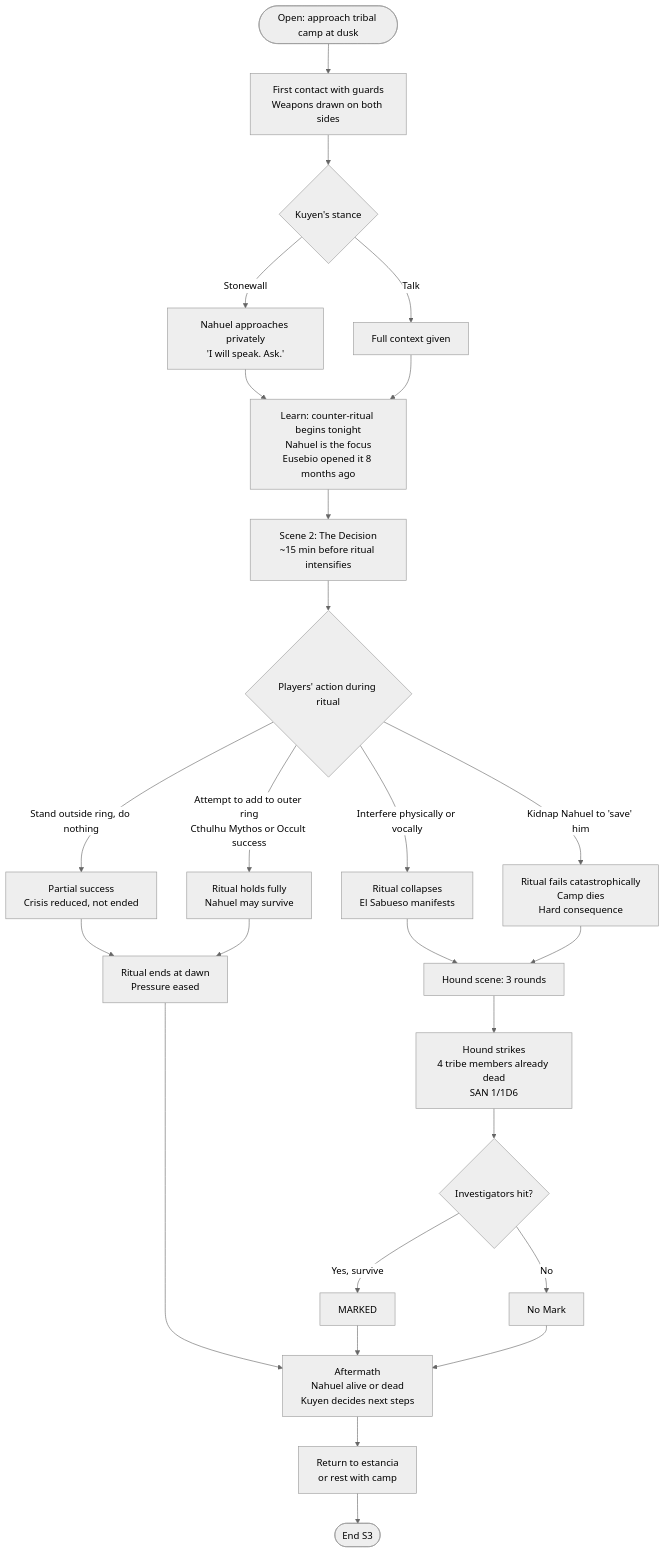
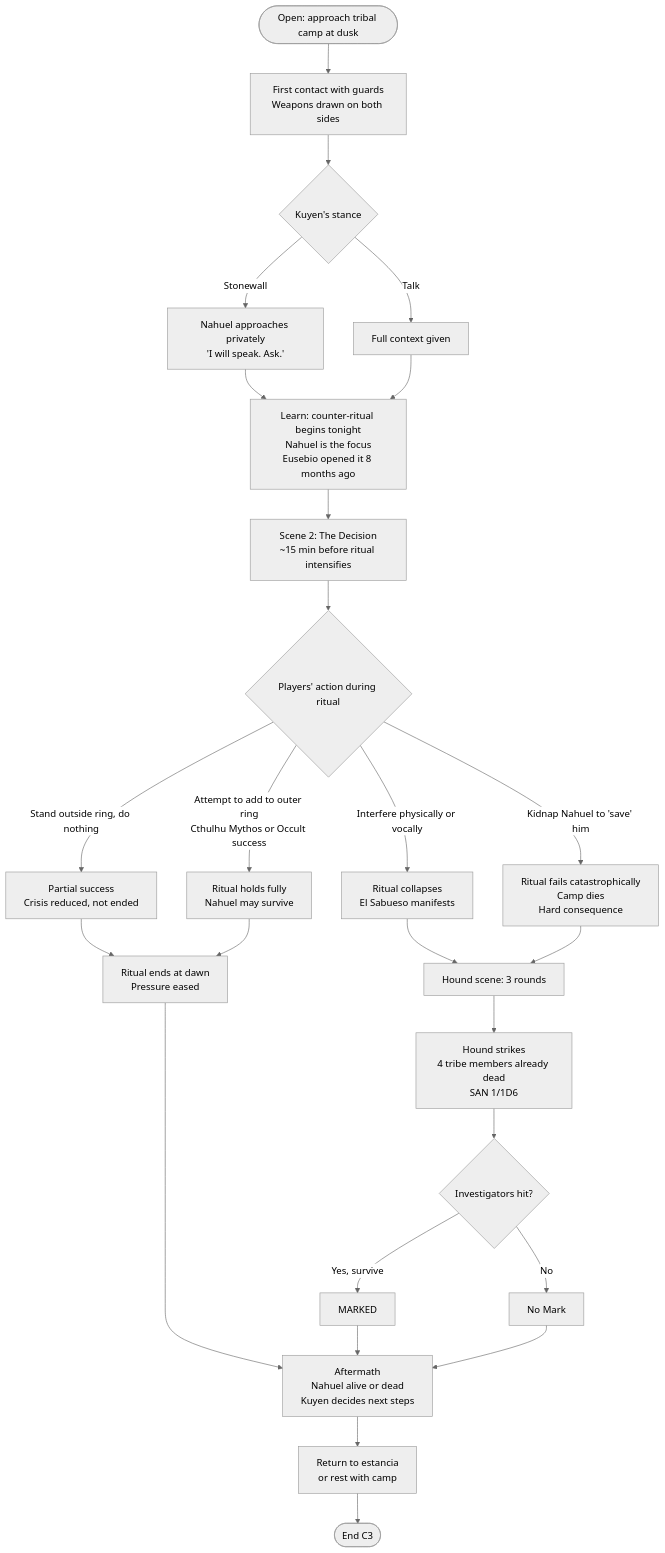
Before and after one commit to lucas-tortora/gauchulu: the fifth of 14 diagrams in REF-FlowMap.md, drawn with Mermaid (neutral theme). The commit also changed other lines of this file and 39 other files, not shown here.

````diff
--- a/REF-FlowMap.md
+++ b/REF-FlowMap.md
@@ -235,23 +235,23 @@
 ```mermaid
 flowchart TD
     O3([Open: approach tribal camp at dusk]) --> A[First contact with guards<br/>Weapons drawn on both sides]
     A --> B{Kuyen's stance}
     B -->|Stonewall| C1[Nahuel approaches privately<br/>'I will speak. Ask.']
     B -->|Talk| C2[Full context given]
     C1 & C2 --> D[Learn: counter-ritual begins tonight<br/>Nahuel is the focus<br/>Eusebio opened it 8 months ago]
     D --> E[Scene 2: The Decision<br/>~15 min before ritual intensifies]
     E --> F{Players' action during ritual}
     F -->|Stand outside ring, do nothing| G1[Partial success<br/>Crisis reduced, not ended]
     F -->|Interfere physically or vocally| G2[Ritual collapses<br/>El Sabueso manifests]
     F -->|Attempt to add to outer ring<br/>Cthulhu Mythos or Occult success| G3[Ritual holds fully<br/>Nahuel may survive]
     F -->|Kidnap Nahuel to 'save' him| G4[Ritual fails catastrophically<br/>Camp dies<br/>Hard consequence]
     G1 & G3 --> H1[Ritual ends at dawn<br/>Pressure eased]
     G2 & G4 --> H2[Hound scene: 3 rounds]
     H2 --> I[Hound strikes<br/>4 tribe members already dead<br/>SAN 1/1D6]
     I --> J{Investigators hit?}
     J -->|Yes, survive| K[MARKED]
     J -->|No| L[No Mark]
     H1 & K & L --> M[Aftermath<br/>Nahuel alive or dead<br/>Kuyen decides next steps]
     M --> N[Return to estancia<br/>or rest with camp]
-    N --> End3([End S3])
+    N --> End3([End C3])
 ```
````
